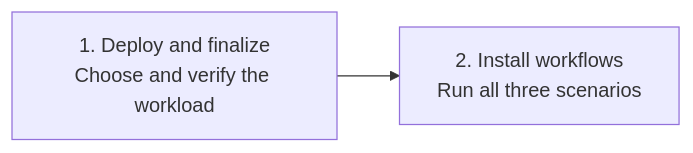
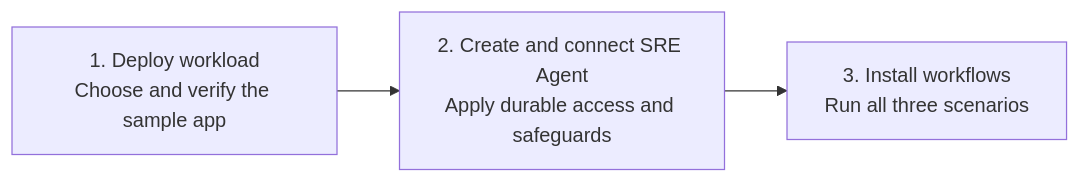
Before and after one commit to microsoft/sre-agent: the diagram in labs/onboardinglab/README.md, drawn with Mermaid. The commit also changed other lines of this file and 11 other files, not shown here.

````diff
--- a/labs/onboardinglab/README.md
+++ b/labs/onboardinglab/README.md
@@ -21,6 +22,7 @@
 ```mermaid
 flowchart LR
-   deploy["1. Deploy and finalize<br/>Choose and verify the workload"]
-   workflow["2. Install workflows<br/>Run all three scenarios"]
-   deploy --> workflow
+   workload["1. Deploy workload<br/>Choose and verify the sample app"]
+   agent["2. Create and connect SRE Agent<br/>Apply durable access and safeguards"]
+   workflow["3. Install workflows<br/>Run all three scenarios"]
+   workload --> agent --> workflow
 ```
````
